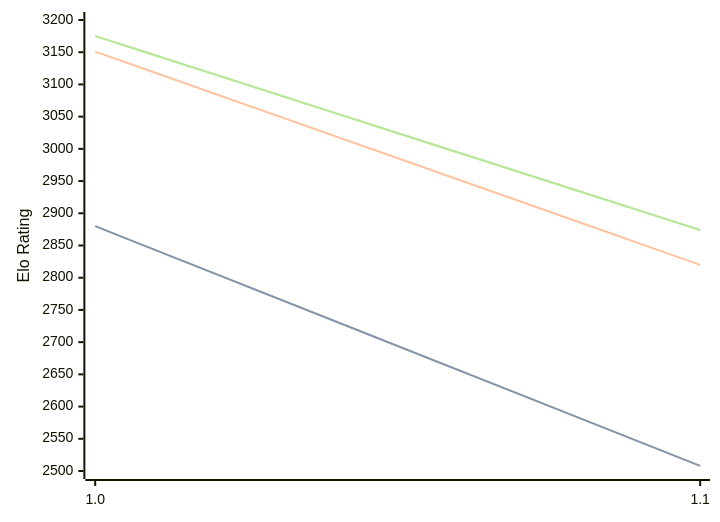
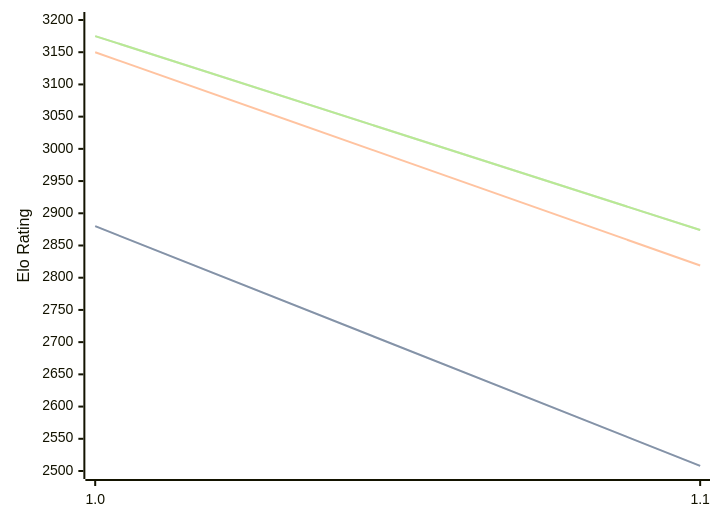
Before and after one commit to computer-chess-index/cci: the diagram in engines/Publius.md, drawn with Mermaid. The commit also changed other lines of this file, not shown here.

````diff
--- a/engines/Publius.md
+++ b/engines/Publius.md
@@ -30,11 +30,11 @@
 ```mermaid
 %%{init: {"theme":"base","themeVariables":{"seriesColors:['#a3a3a3','#222221','#faa371']}}}%%
 xychart-beta
   x-axis ["1.0", "1.1"]
   y-axis "Elo Rating" 2500 --> 3200
   line "STC (8.0+0.08s)" [2880, 2508]
   line "STC (8.0+0.08s)" [2880, 2508]
-  line "LTC (60.0+0.60s)" [3151, 2820]
+  line "LTC (60.0+0.60s)" [3150, 2819]
   line "VLTC (2m24s+1.12s)" [3175, 2874]
   line "VLTC (2m24s+1.12s)" [3175, 2874]
 ```
````
